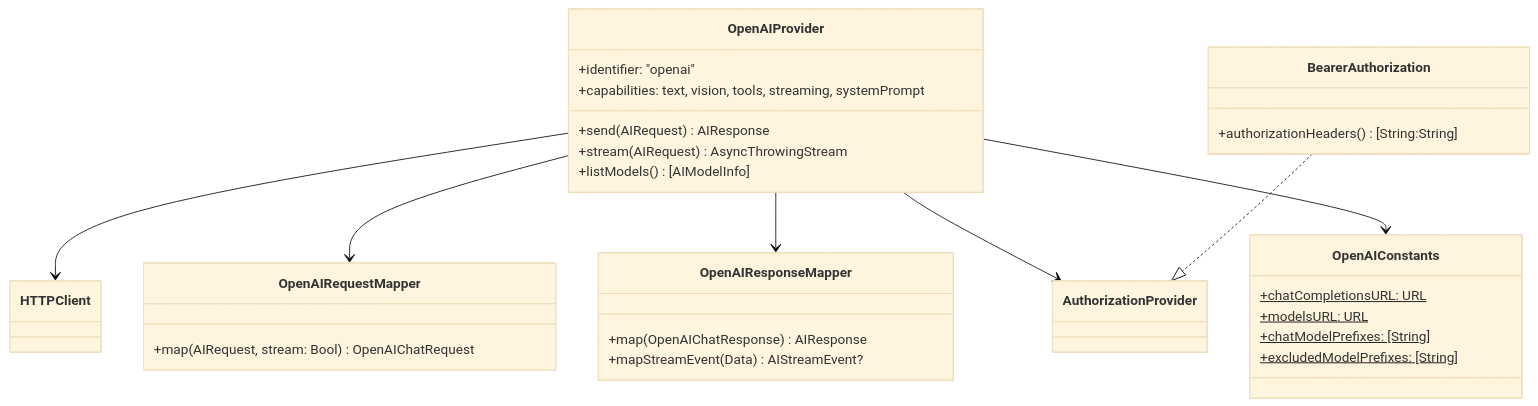
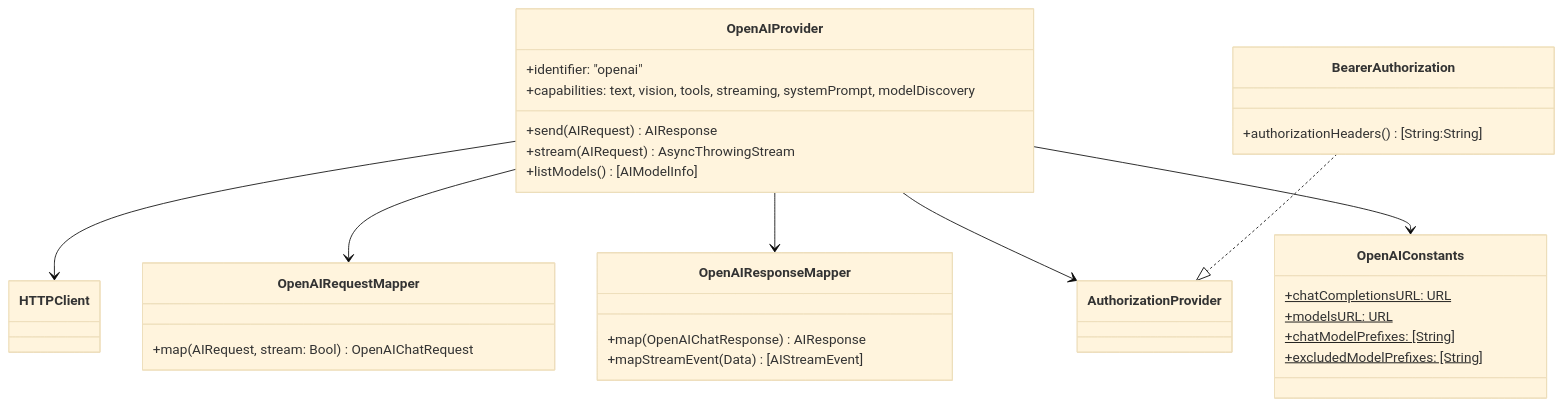
The sixth of 10 diagrams in Documentation/Architecture.md (molayab/swift-ai-provider-kit), drawn with Mermaid (base theme) before and after one commit. The commit also changed other lines of this file, not shown here.

Commit message:
docs: fix stale Mermaid signatures in Architecture.md
mapStreamEvent returns [AIStreamEvent] in both mappers, not AIStreamEvent?.
OpenAIProvider.capabilities was missing modelDiscovery.

````diff
--- a/Documentation/Architecture.md
+++ b/Documentation/Architecture.md
@@ -263,37 +263,37 @@
 ```mermaid
 classDiagram
     class OpenAIProvider {
         +identifier: "openai"
-        +capabilities: text, vision, tools, streaming, systemPrompt
+        +capabilities: text, vision, tools, streaming, systemPrompt, modelDiscovery
         +send(AIRequest) AIResponse
         +stream(AIRequest) AsyncThrowingStream
         +listModels() [AIModelInfo]
     }
 
     class OpenAIRequestMapper {
         +map(AIRequest, stream: Bool) OpenAIChatRequest
     }
 
     class OpenAIResponseMapper {
         +map(OpenAIChatResponse) AIResponse
-        +mapStreamEvent(Data) AIStreamEvent?
+        +mapStreamEvent(Data) [AIStreamEvent]
     }
 
     class OpenAIConstants {
         +chatCompletionsURL: URL$
         +modelsURL: URL$
         +chatModelPrefixes: [String]$
         +excludedModelPrefixes: [String]$
     }
 
     class BearerAuthorization {
         +authorizationHeaders() [String:String]
     }
 
     OpenAIProvider --> HTTPClient
     OpenAIProvider --> OpenAIRequestMapper
     OpenAIProvider --> OpenAIResponseMapper
     OpenAIProvider --> AuthorizationProvider
     OpenAIProvider --> OpenAIConstants
     BearerAuthorization ..|> AuthorizationProvider
 ```
````
